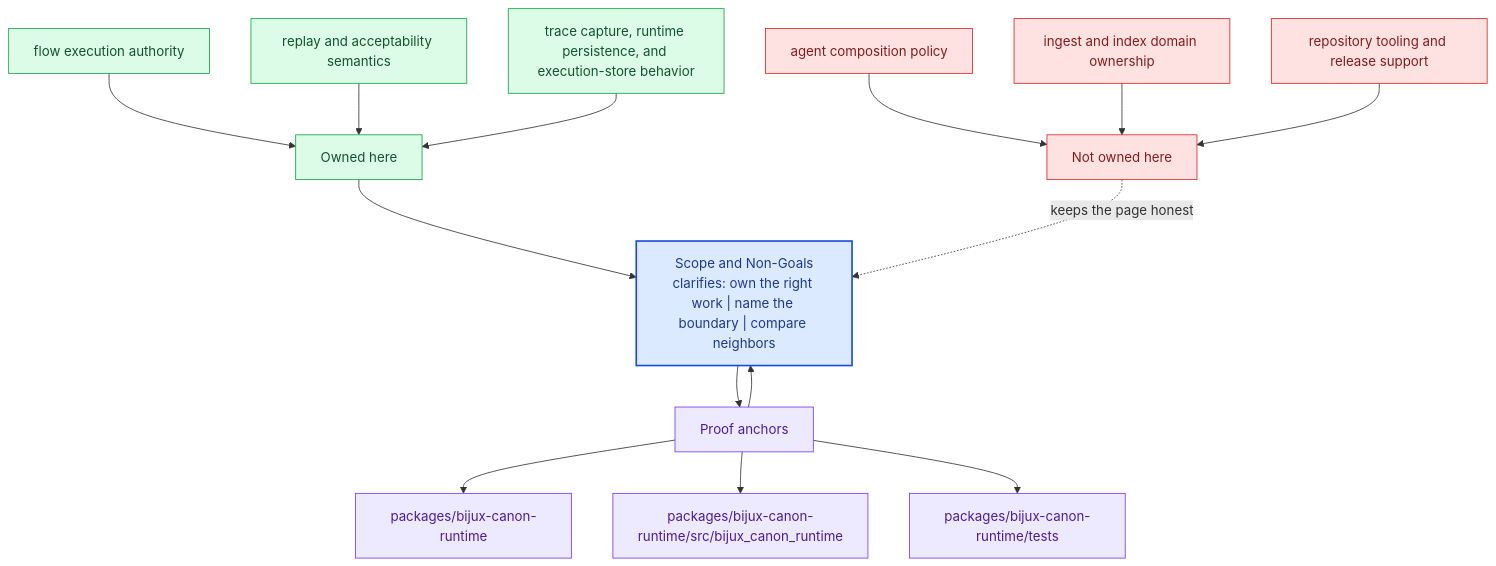
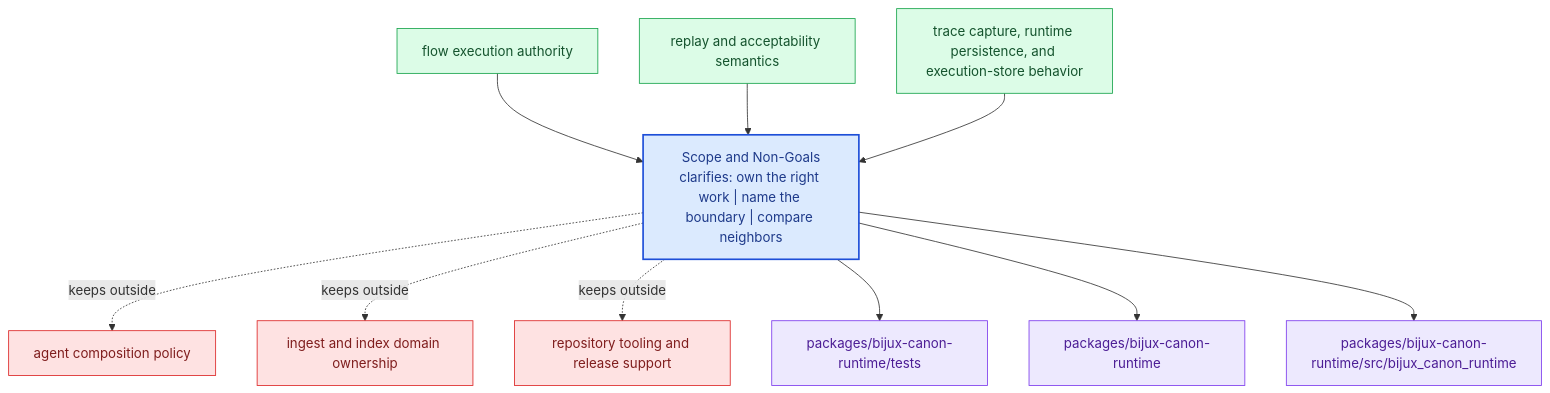
Before and after one commit to bijux/bijux-canon: the diagram in docs/bijux-canon-runtime/foundation/scope-and-non-goals.md, drawn with Mermaid. The commit also changed other lines of this file and 281 other files, not shown here.

Commit message:
docs(diagrams): replace repeated mermaid scaffolds with page-specific summaries

````diff
--- a/docs/bijux-canon-runtime/foundation/scope-and-non-goals.md
+++ b/docs/bijux-canon-runtime/foundation/scope-and-non-goals.md
@@ -69,40 +24,31 @@
 ```mermaid
 flowchart TB
-    promise["Scope and Non-Goals<br/>clarifies: own the right work | name the boundary | compare neighbors"]
-    classDef promise fill:#dbeafe,stroke:#1d4ed8,color:#1e3a8a,stroke-width:2px;
-    classDef driver fill:#dcfce7,stroke:#16a34a,color:#14532d;
-    classDef constraint fill:#fee2e2,stroke:#dc2626,color:#7f1d1d;
-    classDef ground fill:#ede9fe,stroke:#7c3aed,color:#4c1d95;
-    focus1["Owned here"]
-    focus1 --> promise
-    focus1_1["flow execution authority"]
-    focus1_1 --> focus1
-    focus1_2["replay and acceptability semantics"]
-    focus1_2 --> focus1
-    focus1_3["trace capture, runtime persistence, and execution-store behavior"]
-    focus1_3 --> focus1
-    class focus1 driver;
-    class focus1_1,focus1_2,focus1_3 driver;
-    focus2["Not owned here"]
-    focus2 -.keeps the page honest.-> promise
-    focus2_1["agent composition policy"]
-    focus2_1 --> focus2
-    focus2_2["ingest and index domain ownership"]
-    focus2_2 --> focus2
-    focus2_3["repository tooling and release support"]
-    focus2_3 --> focus2
-    class focus2 constraint;
-    class focus2_1,focus2_2,focus2_3 constraint;
-    focus3["Proof anchors"]
-    focus3 --> promise
-    promise --> focus3
-    focus3_1["packages/bijux-canon-runtime"]
-    focus3 --> focus3_1
-    focus3_2["packages/bijux-canon-runtime/src/bijux_canon_runtime"]
-    focus3 --> focus3_2
-    focus3_3["packages/bijux-canon-runtime/tests"]
-    focus3 --> focus3_3
-    class focus3 ground;
-    class focus3_1,focus3_2,focus3_3 ground;
-    class promise promise;
+    page["Scope and Non-Goals<br/>clarifies: own the right work | name the boundary | compare neighbors"]
+    classDef page fill:#dbeafe,stroke:#1d4ed8,color:#1e3a8a,stroke-width:2px;
+    classDef positive fill:#dcfce7,stroke:#16a34a,color:#14532d;
+    classDef caution fill:#fee2e2,stroke:#dc2626,color:#7f1d1d;
+    classDef anchor fill:#ede9fe,stroke:#7c3aed,color:#4c1d95;
+    classDef action fill:#fef3c7,stroke:#d97706,color:#7c2d12;
+    own1["flow execution authority"]
+    own1 --> page
+    own2["replay and acceptability semantics"]
+    own2 --> page
+    own3["trace capture, runtime persistence, and execution-store behavior"]
+    own3 --> page
+    limit1["agent composition policy"]
+    page -.keeps outside.-> limit1
+    limit2["ingest and index domain ownership"]
+    page -.keeps outside.-> limit2
+    limit3["repository tooling and release support"]
+    page -.keeps outside.-> limit3
+    anchor1["packages/bijux-canon-runtime/tests"]
+    page --> anchor1
+    anchor2["packages/bijux-canon-runtime"]
+    page --> anchor2
+    anchor3["packages/bijux-canon-runtime/src/bijux_canon_runtime"]
+    page --> anchor3
+    class page page;
+    class own1,own2,own3 positive;
+    class limit1,limit2,limit3 caution;
+    class anchor1,anchor2,anchor3 anchor;
 ```
````
